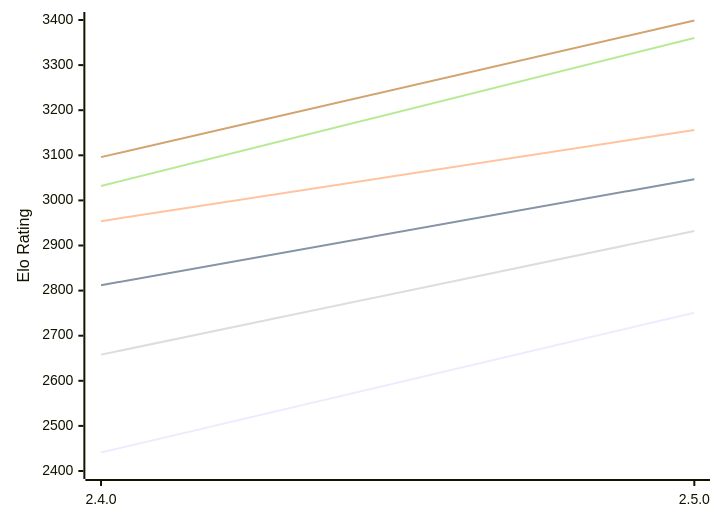
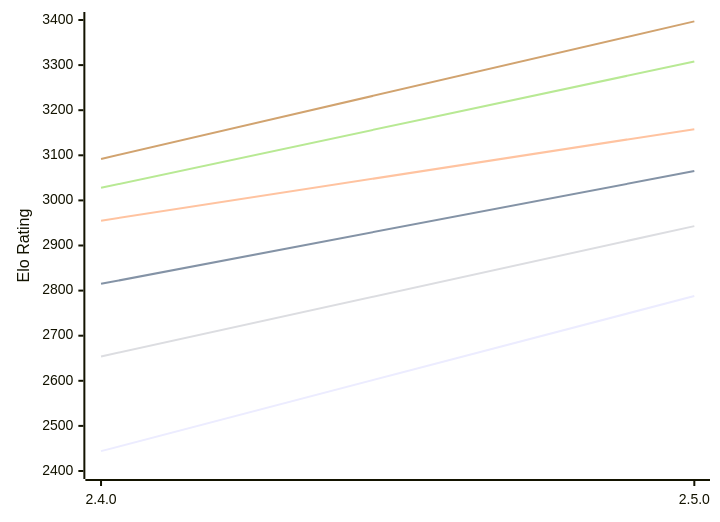
The diagram in engines/Rarog.md (computer-chess-index/cci), drawn with Mermaid before and after one commit. The commit also changed other lines of this file, not shown here.

Commit message:
Update CCI Ratings (ELO VLTC) - 2026-10-14

````diff
--- a/engines/Rarog.md
+++ b/engines/Rarog.md
@@ -49,12 +49,12 @@
 ```mermaid
 %%{init: {"theme":"base","themeVariables":{"seriesColors:['#a3a3a3','#222221','#faa371']}}}%%
 xychart-beta
   x-axis ["2.4.0", "2.5.0"]
   y-axis "Elo Rating" 2400 --> 3400
-  line "E1: STC (8.0+0.08s)" [2441, 2751]
-  line "E1: LTC (60.0+0.60s)" [2812, 3047]
-  line "E1: VLTC (2m24s+1.12s)" [2954, 3156]
-  line "P1: STC (8.0+0.08s)" [2658, 2932]
-  line "P1: LTC (60.0+0.60s)" [3032, 3360]
-  line "P1: VLTC (2m24s+1.12s)" [3096, 3399]
+  line "E1: STC (8.0+0.08s)" [2444, 2788]
+  line "E1: LTC (60.0+0.60s)" [2815, 3065]
+  line "E1: VLTC (2m24s+1.12s)" [2955, 3158]
+  line "P1: STC (8.0+0.08s)" [2654, 2943]
+  line "P1: LTC (60.0+0.60s)" [3028, 3308]
+  line "P1: VLTC (2m24s+1.12s)" [3092, 3397]
 ```
````
